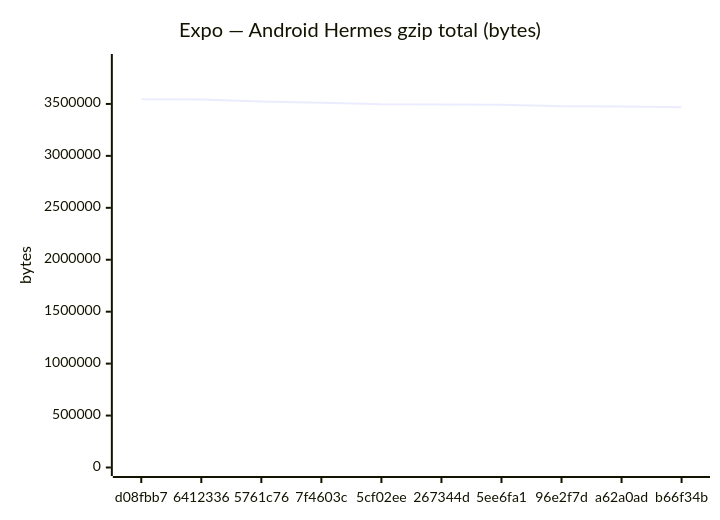
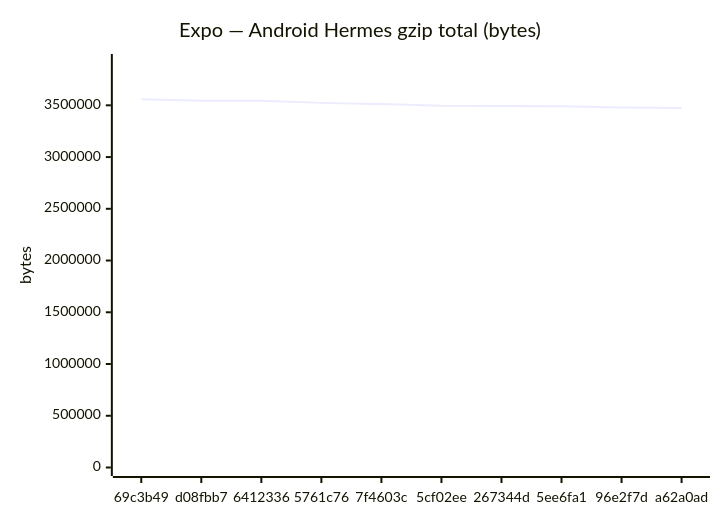
Before and after one commit to Metaheurist/Rianell: the fifth of 18 diagrams in benchmarks/compare.md, drawn with Mermaid. The commit also changed other lines of this file and 11 other files, not shown here.

````diff
--- a/benchmarks/compare.md
+++ b/benchmarks/compare.md
@@ -89,7 +89,7 @@
 ```mermaid
 xychart-beta
     title "Expo — Android Hermes gzip total (bytes)"
-    x-axis ["d08fbb7", "6412336", "5761c76", "7f4603c", "5cf02ee", "267344d", "5ee6fa1", "96e2f7d", "a62a0ad", "b66f34b"]
-    y-axis "bytes" 0 --> 3898910
-    line [3544463, 3543472, 3523541, 3511474, 3496393, 3494445, 3491111, 3478911, 3474606, 3468338]
+    x-axis ["69c3b49", "d08fbb7", "6412336", "5761c76", "7f4603c", "5cf02ee", "267344d", "5ee6fa1", "96e2f7d", "a62a0ad"]
+    y-axis "bytes" 0 --> 3913699
+    line [3557908, 3544463, 3543472, 3523541, 3511474, 3496393, 3494445, 3491111, 3478911, 3474606]
 ```
````
